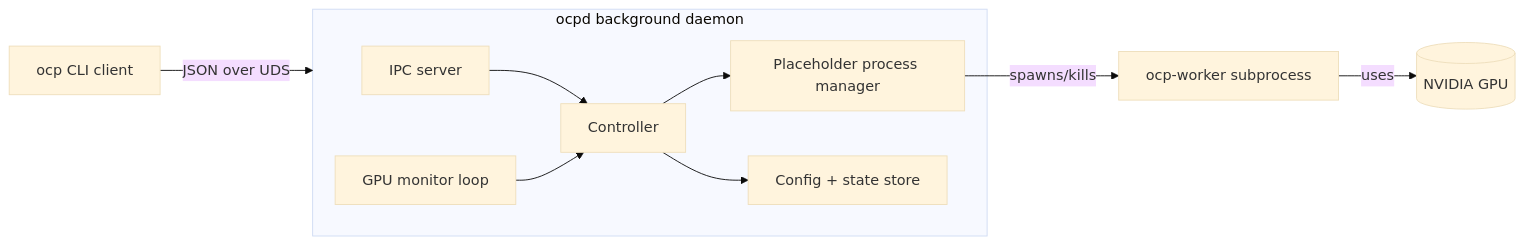
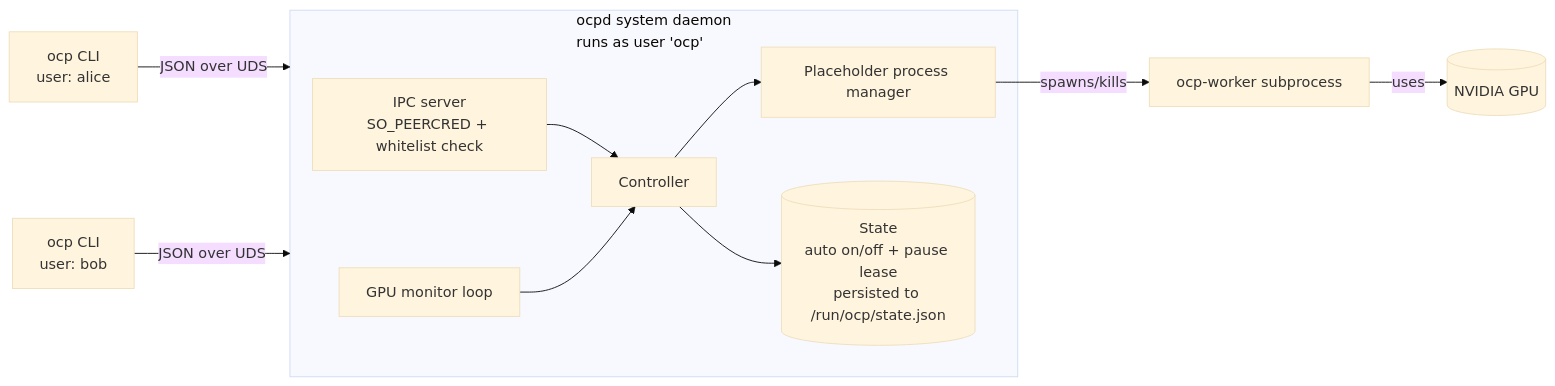
The diagram in PLAN.md (zihan-j-zhao/ocp), drawn with Mermaid (base theme) before and after one commit. The commit also changed other lines of this file, not shown here.

````diff
--- a/PLAN.md
+++ b/PLAN.md
@@ -9,12 +9,13 @@
 ```mermaid
 flowchart LR
-    CLI[ocp CLI client] -- JSON over UDS --> Daemon
-    subgraph Daemon[ocpd background daemon]
-        IPC[IPC server] --> Core[Controller]
+    CLI_A[ocp CLI<br/>user: alice] -- JSON over UDS --> Daemon
+    CLI_B[ocp CLI<br/>user: bob]   -- JSON over UDS --> Daemon
+    subgraph Daemon[ocpd system daemon<br/>runs as user 'ocp']
+        IPC[IPC server<br/>SO_PEERCRED + whitelist check] --> Core[Controller]
         Monitor[GPU monitor loop] --> Core
         Core --> Placeholder[Placeholder process manager]
-        Core --> Cfg[Config + state store]
+        Core --> State[(State<br/>auto on/off + pause lease<br/>persisted to /run/ocp/state.json)]
     end
     Placeholder -- spawns/kills --> Worker[ocp-worker subprocess]
     Worker -- uses --> GPU[(NVIDIA GPU)]
 ```
````
